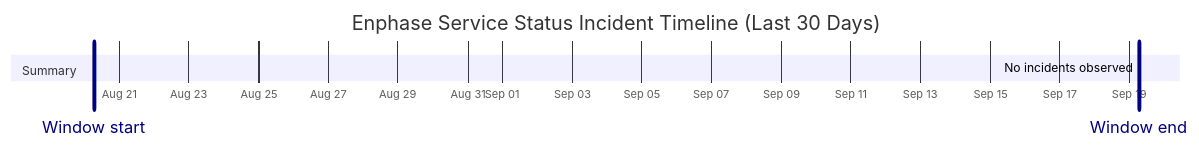
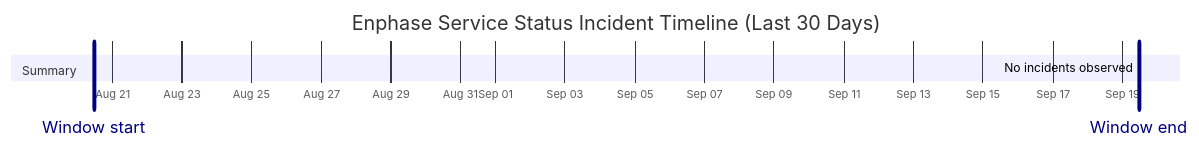
One commit to barneyonline/ha-enphase-energy changed the diagram in wiki/Service-Status-History.md. Above: the diagram before and after it, drawn with Mermaid. The commit also changed other lines of this file and 3 other files, not shown here.

````diff
--- a/wiki/Service-Status-History.md
+++ b/wiki/Service-Status-History.md
@@ -14,10 +14,10 @@
 ```mermaid
 gantt
     title Enphase Service Status Incident Timeline (Last 30 Days)
     dateFormat  YYYY-MM-DDTHH:mm:ss
     axisFormat  %b %d
-    Window start :vert, window-start, 2026-08-20T06:27:50, 0ms
-    Window end :vert, window-end, 2026-09-19T06:27:50, 0ms
+    Window start :vert, window-start, 2026-08-20T11:22:56, 0ms
+    Window end :vert, window-end, 2026-09-19T11:22:56, 0ms
     section Summary
-    No incidents observed :done, 2026-09-19T06:27:50, 1m
+    No incidents observed :done, 2026-09-19T11:22:56, 1m
 ```
````
